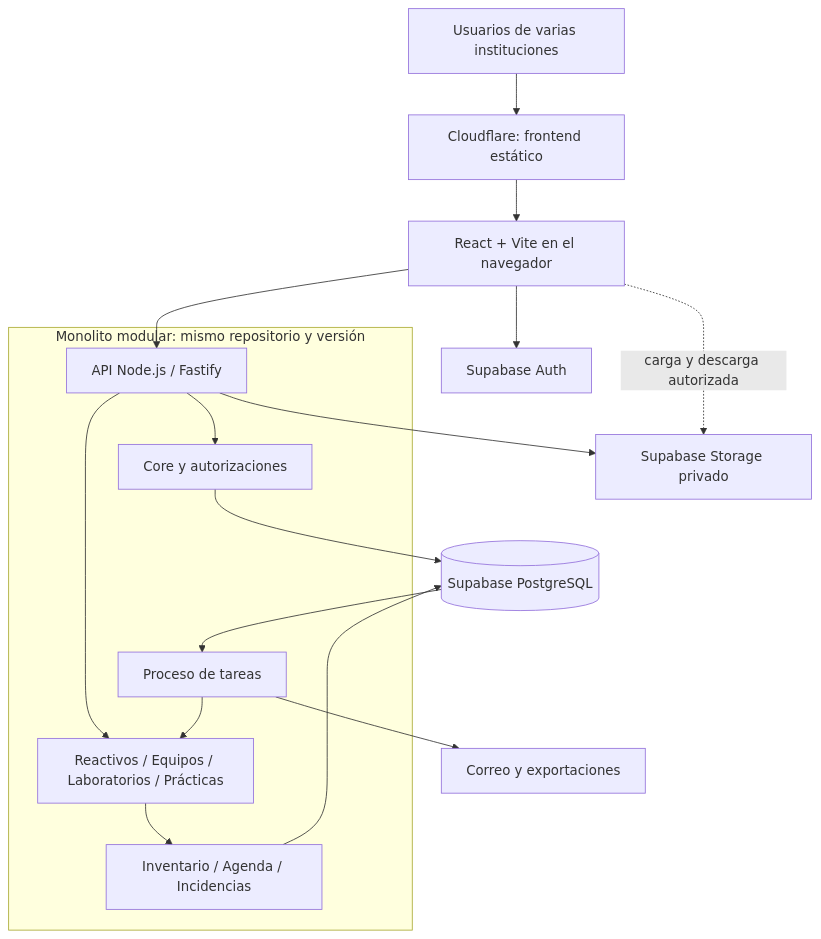
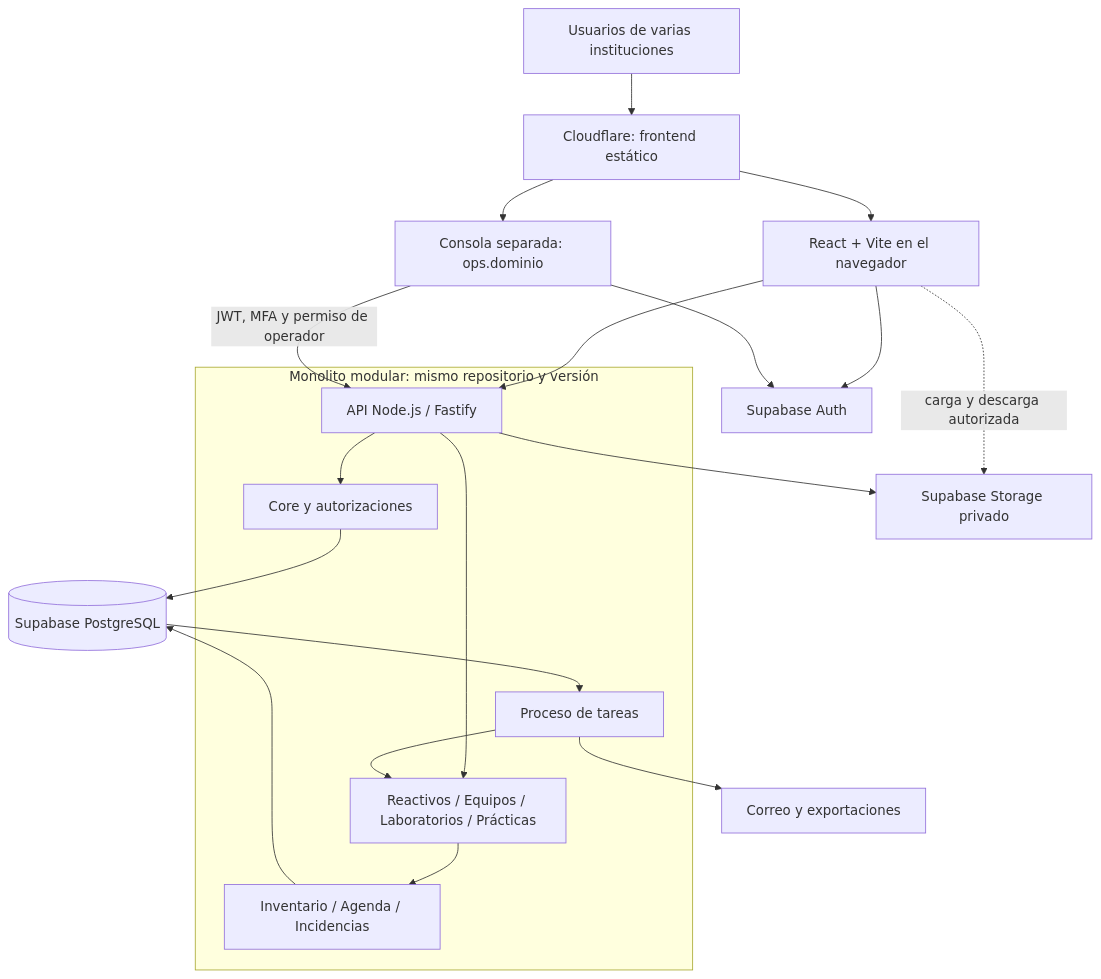
One commit to JIO1011/platlab changed the diagram in docs/plan/02_arquitectura.md. Above: the diagram before and after it, drawn with Mermaid. The commit also changed other lines of this file and 19 other files, not shown here.

````diff
--- a/docs/plan/02_arquitectura.md
+++ b/docs/plan/02_arquitectura.md
@@ -9,19 +9,22 @@
 ```mermaid
 flowchart TB
     U[Usuarios de varias instituciones] --> CF[Cloudflare: frontend estático]
     CF --> WEB[React + Vite en el navegador]
+    CF --> OPS[Consola separada: ops.dominio]
     WEB --> AUTH[Supabase Auth]
+    OPS --> AUTH
     WEB --> API[API Node.js / Fastify]
+    OPS -->|JWT, MFA y permiso de operador| API
     subgraph MONO[Monolito modular: mismo repositorio y versión]
         API --> CORE[Core y autorizaciones]
         API --> MOD[Reactivos / Equipos / Laboratorios / Prácticas]
         MOD --> CAP[Inventario / Agenda / Incidencias]
         JOB[Proceso de tareas] --> MOD
     end
     CORE --> DB[(Supabase PostgreSQL)]
     CAP --> DB
     DB --> JOB
     API --> FILE[Supabase Storage privado]
     JOB --> MAIL[Correo y exportaciones]
     WEB -. carga y descarga autorizada .-> FILE
 ```
````
